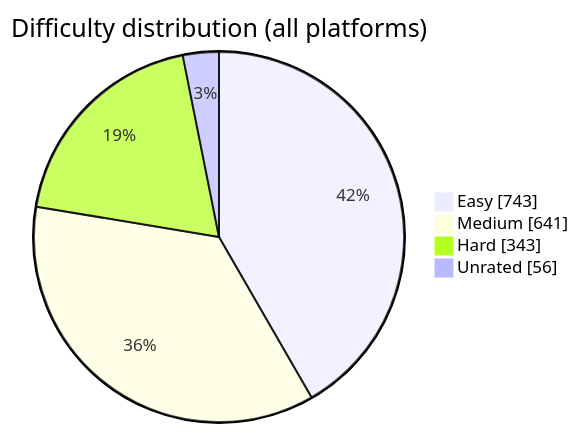
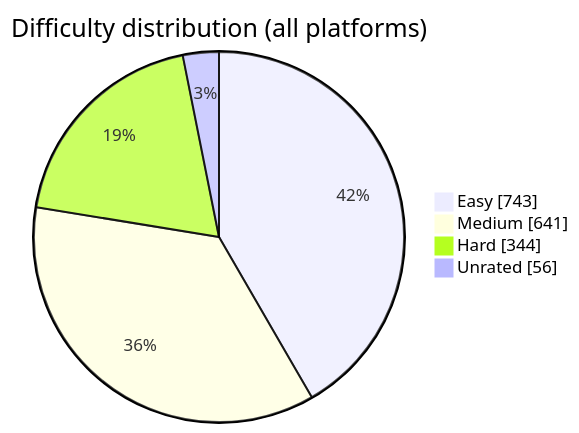
One commit to BuildbyArindam/Daily-Coding-Log changed the diagram in README.md. Above: the diagram before and after it, drawn with Mermaid. The commit also changed other lines of this file, not shown here.

````diff
--- a/README.md
+++ b/README.md
@@ -108,7 +108,7 @@
 ```mermaid
 pie showData title Difficulty distribution (all platforms)
     "Easy" : 743
     "Medium" : 641
-    "Hard" : 343
+    "Hard" : 344
     "Unrated" : 56
 ```
````
